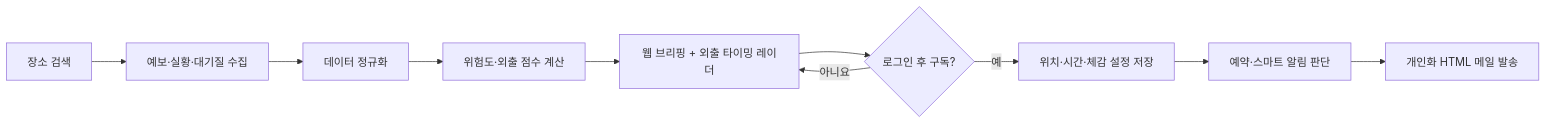
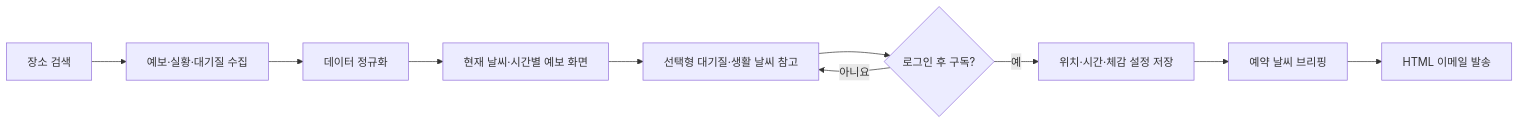
Before and after one commit to boclair98/Weather: the first of 2 diagrams in README.md, drawn with Mermaid. The commit also changed other lines of this file and 7 other files, not shown here.

````diff
--- a/README.md
+++ b/README.md
@@ -136,12 +106,12 @@
 ```mermaid
 flowchart LR
     A["장소 검색"] --> B["예보·실황·대기질 수집"]
     B --> C["데이터 정규화"]
-    C --> D["위험도·외출 점수 계산"]
-    D --> E["웹 브리핑 + 외출 타이밍 레이더"]
+    C --> D["현재 날씨·시간별 예보 화면"]
+    D --> E["선택형 대기질·생활 날씨 참고"]
     E --> F{"로그인 후 구독?"}
     F -- "아니요" --> E
     F -- "예" --> G["위치·시간·체감 설정 저장"]
-    G --> H["예약·스마트 알림 판단"]
-    H --> I["개인화 HTML 메일 발송"]
+    G --> H["예약 날씨 브리핑"]
+    H --> I["HTML 이메일 발송"]
 ```
````
